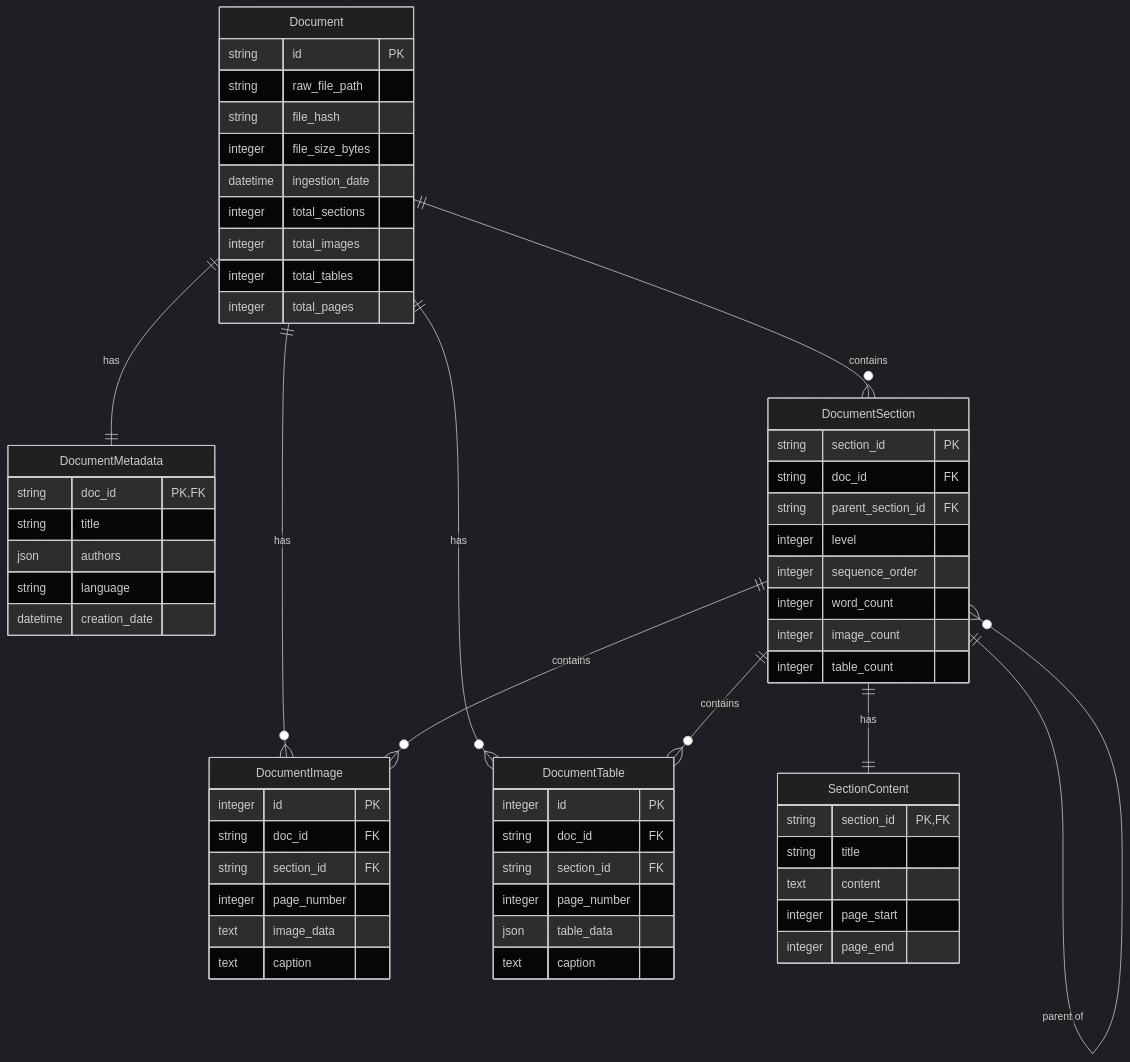
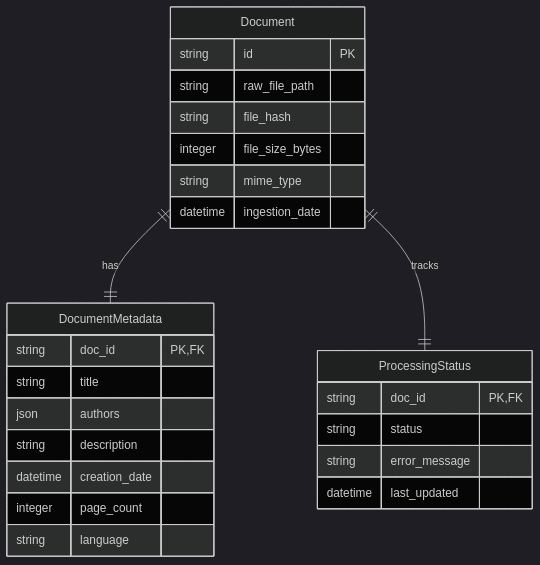
Before and after one commit to NicholasGrundl/ragnostic: the second of 2 diagrams in docs/2a_Document_Ingestion.md, drawn with Mermaid (dark theme). The commit also changed other lines of this file and 7 other files, not shown here.

````diff
--- a/docs/2a_Document_Ingestion.md
+++ b/docs/2a_Document_Ingestion.md
@@ -210,68 +148,31 @@
 ```mermaid
 erDiagram
     Document ||--|| DocumentMetadata : has
-    Document ||--o{ DocumentSection : contains
-    Document ||--o{ DocumentImage : has
-    Document ||--o{ DocumentTable : has
-    DocumentSection ||--|| SectionContent : has
-    DocumentSection ||--o{ DocumentSection : "parent of"
-    DocumentSection ||--o{ DocumentImage : contains
-    DocumentSection ||--o{ DocumentTable : contains
+    Document ||--|| ProcessingStatus : tracks
 
     Document {
         string id PK
         string raw_file_path
         string file_hash
         integer file_size_bytes
+        string mime_type
         datetime ingestion_date
-        integer total_sections
-        integer total_images
-        integer total_tables
-        integer total_pages
     }
 
     DocumentMetadata {
         string doc_id PK, FK
         string title
         json authors
+        string description
+        datetime creation_date
+        integer page_count
         string language
-        datetime creation_date
     }
 
-    DocumentSection {
-        string section_id PK
-        string doc_id FK
-        string parent_section_id FK
-        integer level
-        integer sequence_order
-        integer word_count
-        integer image_count
-        integer table_count
+    ProcessingStatus {
+        string doc_id PK, FK
+        string status
+        string error_message
+        datetime last_updated
     }
-
-    SectionContent {
-        string section_id PK, FK
-        string title
-        text content
-        integer page_start
-        integer page_end
-    }
-
-    DocumentImage {
-        integer id PK
-        string doc_id FK
-        string section_id FK
-        integer page_number
-        text image_data
-        text caption
-    }
-
-    DocumentTable {
-        integer id PK
-        string doc_id FK
-        string section_id FK
-        integer page_number
-        json table_data
-        text caption
-    }
-```    
+```
````
